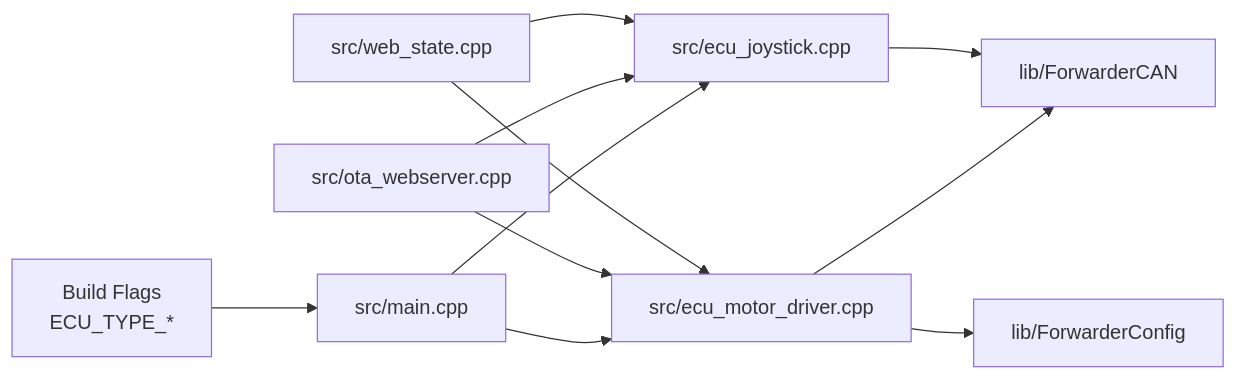
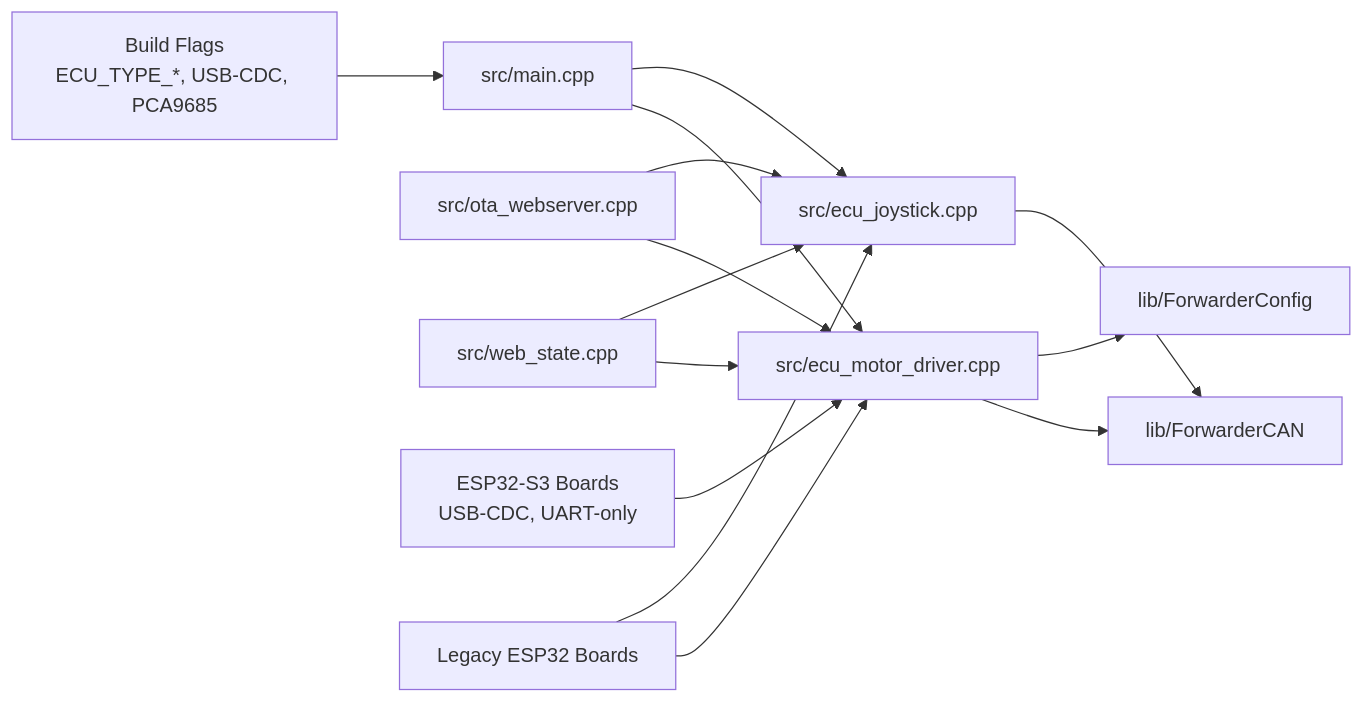
The eighth of 8 diagrams in .qoder/repowiki/en/content/Software Architecture/Build System Configuration.md (gunicsba/ESP_CAN_ECU_joystick_collection), drawn with Mermaid before and after one commit. The commit also changed other lines of this file and 11 other files, not shown here.

````diff
--- a/.qoder/repowiki/en/content/Software Architecture/Build System Configuration.md
+++ b/.qoder/repowiki/en/content/Software Architecture/Build System Configuration.md
@@ -393,13 +458,16 @@
 ```mermaid
 graph LR
-Flags["Build Flags<br/>ECU_TYPE_*"] --> Main["src/main.cpp"]
+Flags["Build Flags<br/>ECU_TYPE_*, USB-CDC, PCA9685"] --> Main["src/main.cpp"]
 Main --> MD["src/ecu_motor_driver.cpp"]
 Main --> J1["src/ecu_joystick.cpp"]
 MD --> CAN["lib/ForwarderCAN"]
 MD --> CFG["lib/ForwarderConfig"]
 J1 --> CAN
 OWA["src/ota_webserver.cpp"] --> MD
 OWA --> J1
 WEB["src/web_state.cpp"] --> MD
 WEB --> J1
+S3_Board["ESP32-S3 Boards<br/>USB-CDC, UART-only"] --> MD
+Legacy_Board["Legacy ESP32 Boards"] --> MD
+Legacy_Board --> J1
 ```
````
